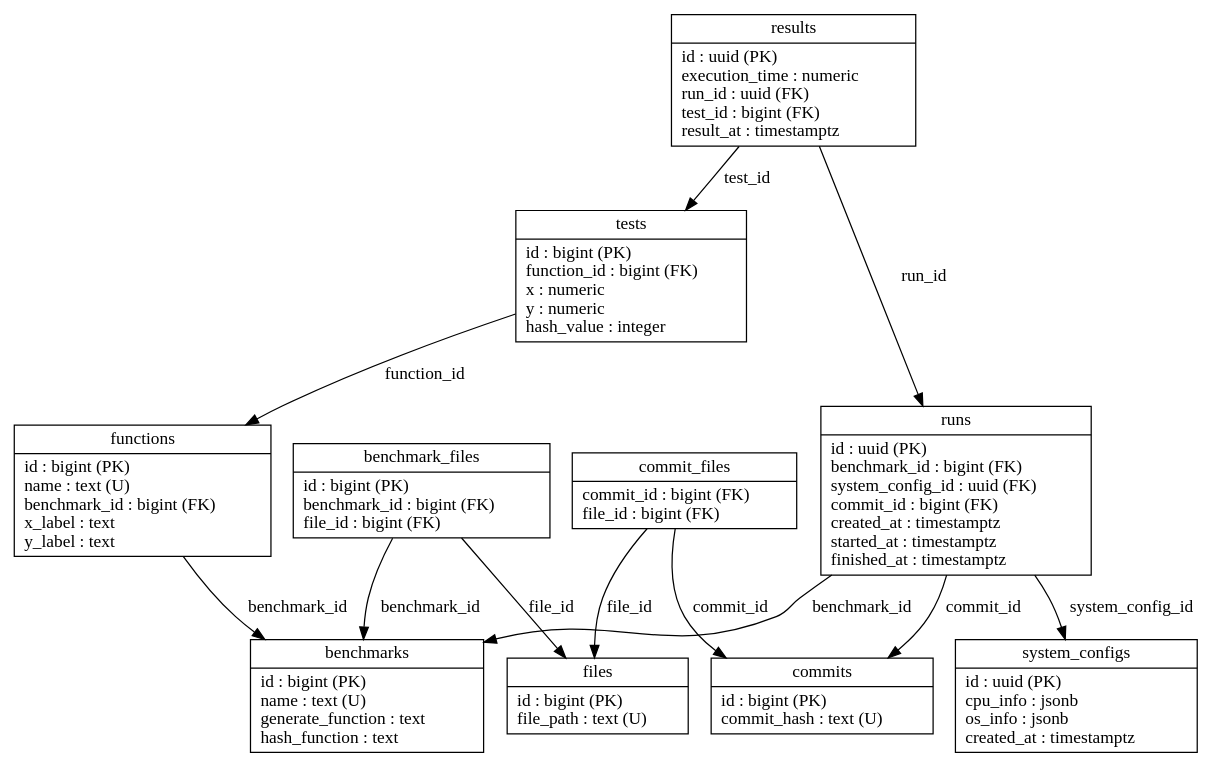
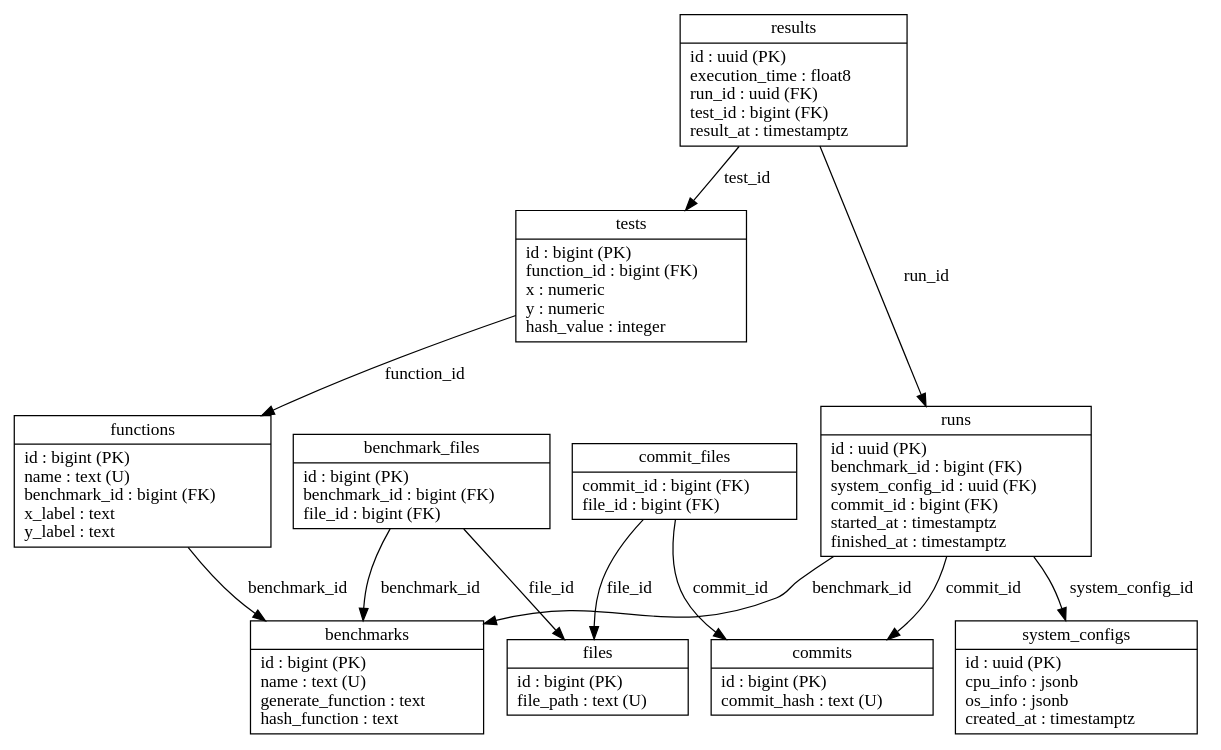
The diagram in docs/data-model.dot (joelonsql/pg-catbench), drawn with Graphviz before and after one commit. The commit also changed 16 other files, not shown here.

```diff
--- a/docs/data-model.dot
+++ b/docs/data-model.dot
@@ -1,27 +1,27 @@
 digraph pg_catbench {
     node [shape=record];
 
     benchmarks [label="{benchmarks|id : bigint (PK)\lname : text (U)\lgenerate_function : text\lhash_function : text\l}"];
     benchmark_files [label="{benchmark_files|id : bigint (PK)\lbenchmark_id : bigint (FK)\lfile_id : bigint (FK)\l}"];
     functions [label="{functions|id : bigint (PK)\lname : text (U)\lbenchmark_id : bigint (FK)\lx_label : text\ly_label : text\l}"];
     system_configs [label="{system_configs|id : uuid (PK)\lcpu_info : jsonb\los_info : jsonb\lcreated_at : timestamptz\l}"];
-    results [label="{results|id : uuid (PK)\lexecution_time : numeric\lrun_id : uuid (FK)\ltest_id : bigint (FK)\lresult_at : timestamptz\l}"];
-    runs [label="{runs|id : uuid (PK)\lbenchmark_id : bigint (FK)\lsystem_config_id : uuid (FK)\lcommit_id : bigint (FK)\lcreated_at : timestamptz\lstarted_at : timestamptz\lfinished_at : timestamptz\l}"];
+    results [label="{results|id : uuid (PK)\lexecution_time : float8\lrun_id : uuid (FK)\ltest_id : bigint (FK)\lresult_at : timestamptz\l}"];
+    runs [label="{runs|id : uuid (PK)\lbenchmark_id : bigint (FK)\lsystem_config_id : uuid (FK)\lcommit_id : bigint (FK)\lstarted_at : timestamptz\lfinished_at : timestamptz\l}"];
     tests [label="{tests|id : bigint (PK)\lfunction_id : bigint (FK)\lx : numeric\ly : numeric\lhash_value : integer\l}"];
     commits [label="{commits|id : bigint (PK)\lcommit_hash : text (U)\l}"];
     files [label="{files|id : bigint (PK)\lfile_path : text (U)\l}"];
     commit_files [label="{commit_files|commit_id : bigint (FK)\lfile_id : bigint (FK)\l}"];
 
     // Relationships
     benchmark_files -> benchmarks [label="benchmark_id"];
     benchmark_files -> files [label="file_id"];
     functions -> benchmarks [label="benchmark_id"];
     results -> runs [label="run_id"];
     results -> tests [label="test_id"];
     runs -> benchmarks [label="benchmark_id"];
     runs -> system_configs [label="system_config_id"];
     runs -> commits [label="commit_id"];
     tests -> functions [label="function_id"];
     commit_files -> commits [label="commit_id"];
     commit_files -> files [label="file_id"];
 }
```
